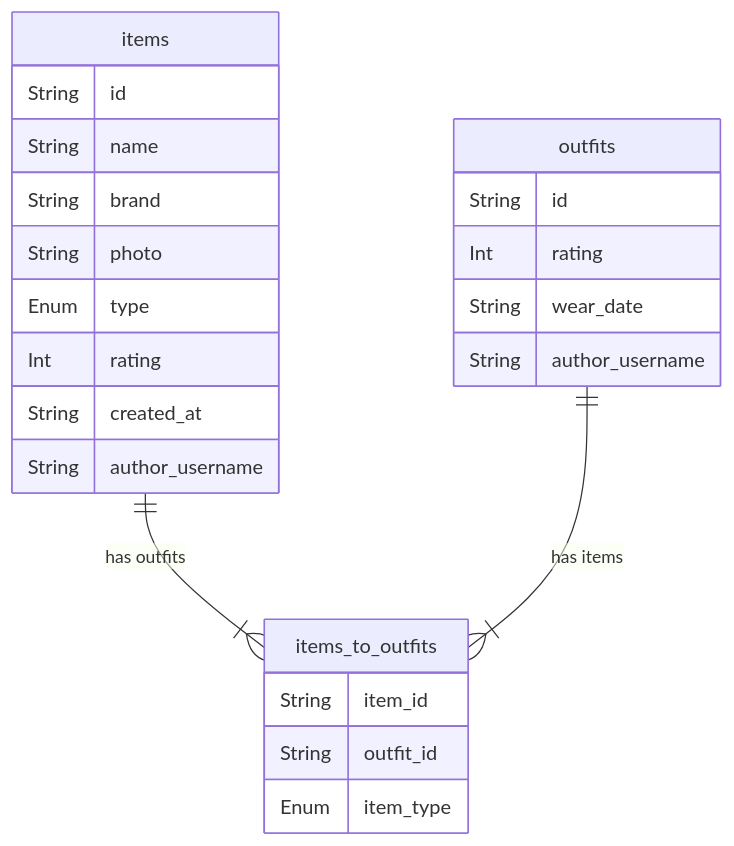
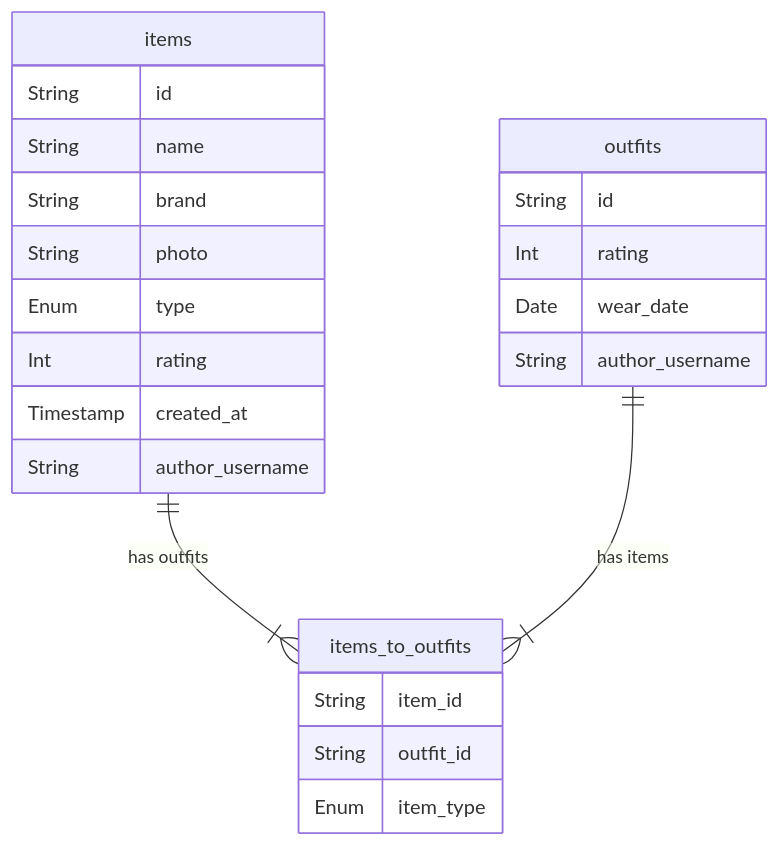
Before and after one commit to radicalplatforms/shafa: the diagram in README.md, drawn with Mermaid.

Commit message:
docs: updated README with schema changes

````diff
--- a/README.md
+++ b/README.md
@@ -72,29 +72,29 @@
 ```mermaid
 erDiagram
     items {
         String id
         String name
         String brand
         String photo
         Enum type
         Int rating
-        String created_at
+        Timestamp created_at
         String author_username
     }
 
     outfits {
         String id
         Int rating
-        String wear_date
+        Date wear_date
         String author_username
     }
 
     items_to_outfits {
         String item_id
         String outfit_id
         Enum item_type
     }
 
     items ||--|{ items_to_outfits : "has outfits"
     outfits ||--|{ items_to_outfits : "has items"
 ```
````
